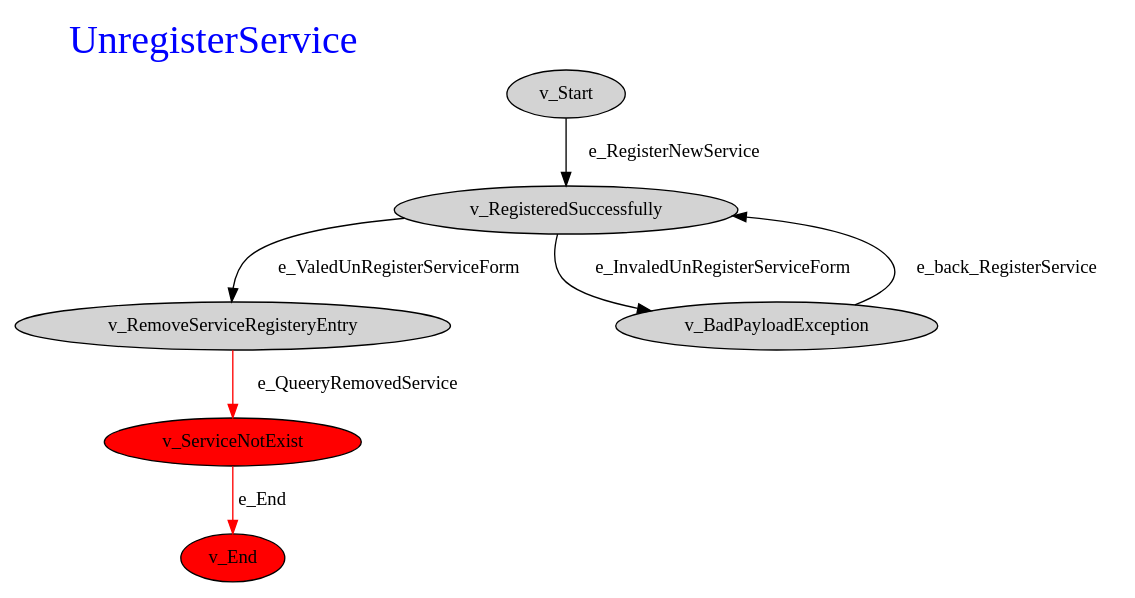
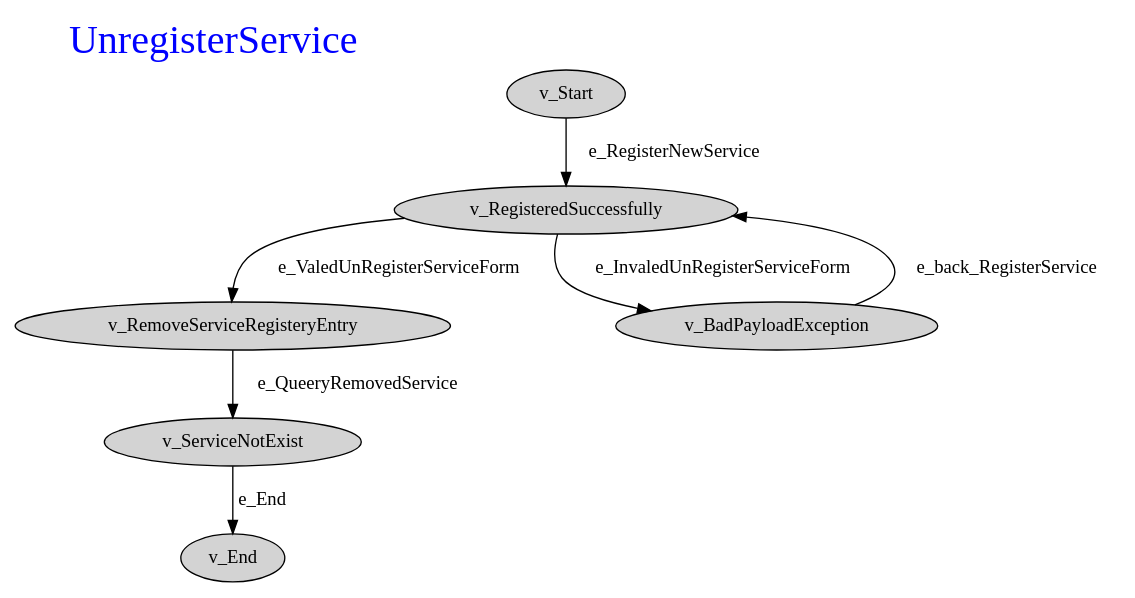
Before and after one commit to marozareh/SerReg_2021: the diagram in ServiceRegistry/Drivers/UnregisterService.dot, drawn with Graphviz. The commit also changed 161 other files, not shown here.

```diff
--- a/ServiceRegistry/Drivers/UnregisterService.dot
+++ b/ServiceRegistry/Drivers/UnregisterService.dot
@@ -1,17 +1,15 @@
 digraph OrchestratorStore{
 rankdir=TB
  label="UnregisterService"
 labelloc=top
 labeljust=left
 fontcolor = blue
 node [style=filled] 
  fontsize=30
-"v_ServiceNotExist"  [fillcolor=red]
-"v_End"  [fillcolor=red]
-"v_ServiceNotExist" -> "v_End"  [ label="e_End"color="red"]
-"v_RemoveServiceRegisteryEntry" -> "v_ServiceNotExist"  [ label="e_QueeryRemovedService"color="red"]
+"v_ServiceNotExist" -> "v_End"  [ label="e_End"color="black"]
+"v_RemoveServiceRegisteryEntry" -> "v_ServiceNotExist"  [ label="e_QueeryRemovedService"color="black"]
 "v_RegisteredSuccessfully" -> "v_RemoveServiceRegisteryEntry"  [ label="e_ValedUnRegisterServiceForm"color="black"]
 "v_BadPayloadException" -> "v_RegisteredSuccessfully"  [ label="e_back_RegisterService"color="black"]
 "v_RegisteredSuccessfully" -> "v_BadPayloadException"  [ label="e_InvaledUnRegisterServiceForm"color="black"]
 "v_Start" -> "v_RegisteredSuccessfully"  [ label="e_RegisterNewService"color="black"]
 }
```
